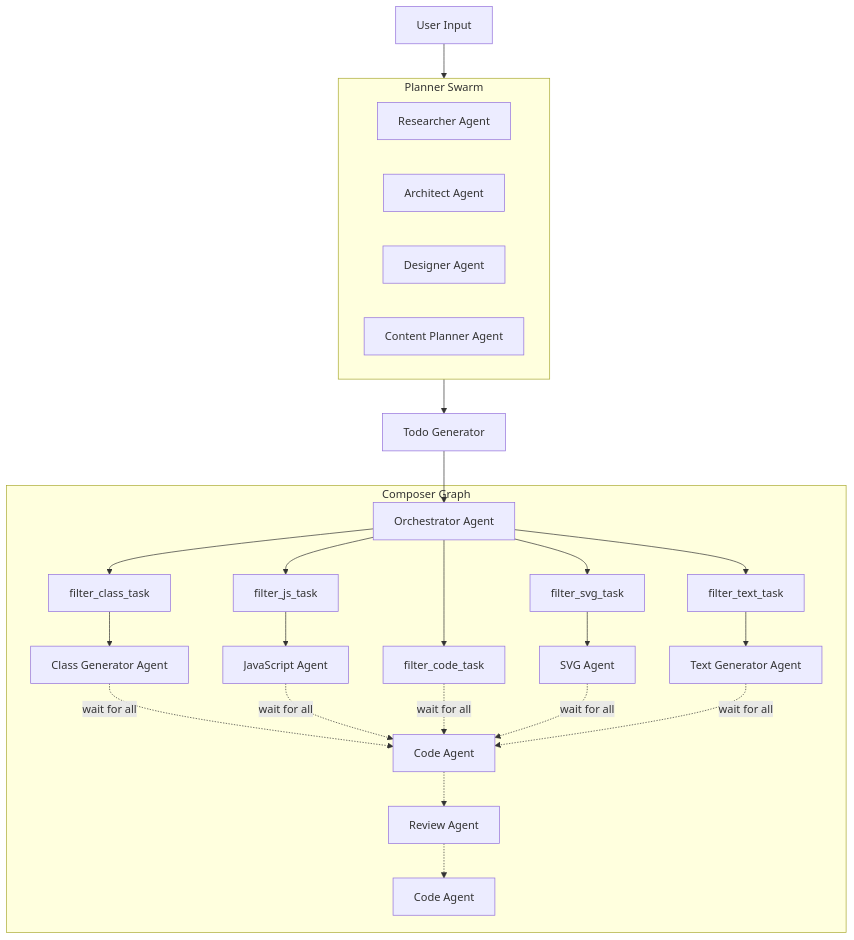
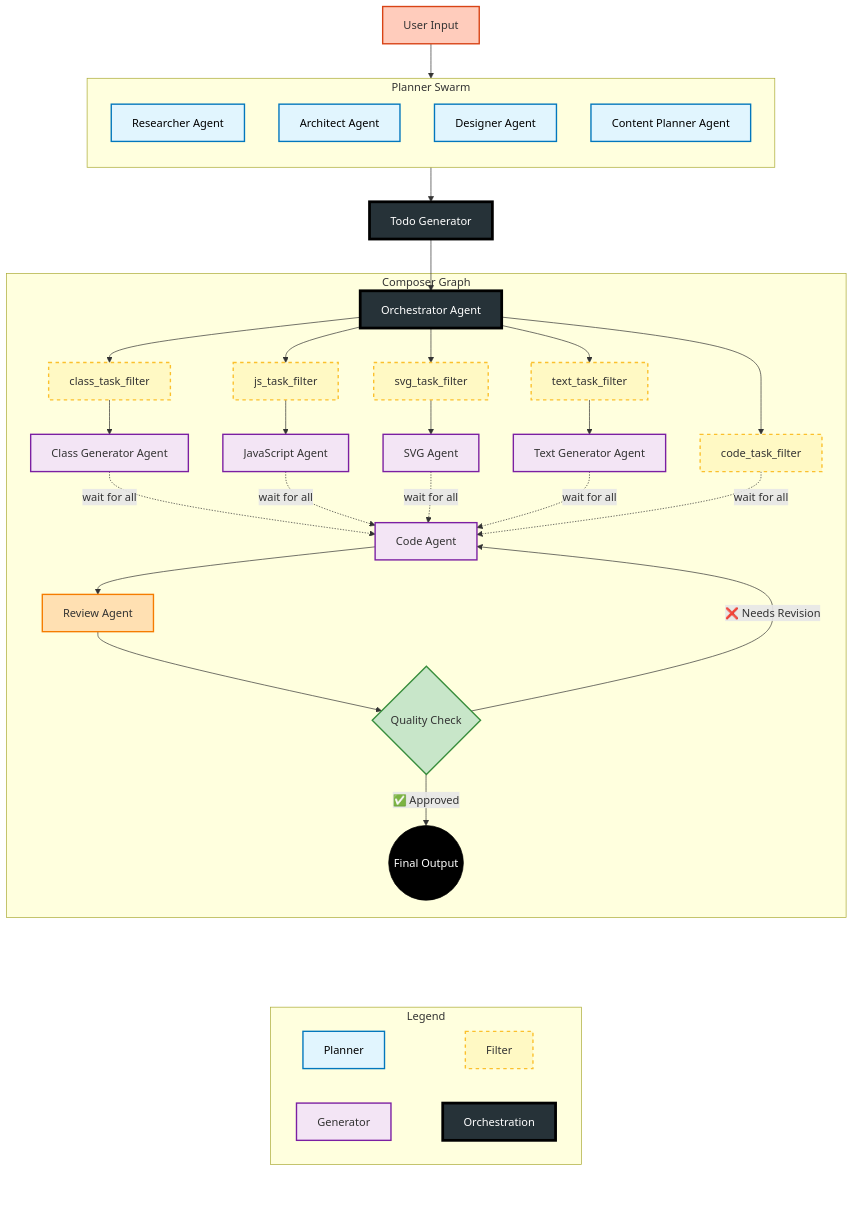
Before and after one commit to lmandrelli/grape-coder: the diagram in README.md, drawn with Mermaid. The commit also changed other lines of this file, not shown here.

Commit message:
feat(README): update graph

````diff
--- a/README.md
+++ b/README.md
@@ -100,44 +101,91 @@
 ```mermaid
 graph TD
-    User[User Input] --> PlannerSwarm --> TodoGenerator[Todo Generator] --> Orchestrator
-    
+    %% --- COLOR PALETTE ---
+    classDef planner fill:#e1f5fe,stroke:#0277bd,stroke-width:2px,color:#000;
+    classDef filter fill:#fff9c4,stroke:#fbc02d,stroke-width:2px,stroke-dasharray: 5 5;
+    classDef generator fill:#f3e5f5,stroke:#7b1fa2,stroke-width:2px;
+    classDef orchestrator fill:#263238,stroke:#000,stroke-width:4px,color:#fff;
+    classDef userInput fill:#ffccbc,stroke:#d84315,stroke-width:2px;
+    classDef reviewer fill:#ffe0b2,stroke:#f57c00,stroke-width:2px;
+    classDef decision fill:#c8e6c9,stroke:#388e3c,stroke-width:2px;
+    classDef endNode fill:#000,stroke:#000,color:#fff;
+    classDef invisible fill:none,stroke:none,color:none;
+
+    %% --- MAIN GRAPH ---
+    User[User Input]:::userInput --> PlannerSwarm
+    PlannerSwarm --> TodoGenerator[Todo Generator]:::orchestrator 
+    TodoGenerator --> Orchestrator
+
     subgraph PlannerSwarm["Planner Swarm"]
+        direction TB
         Researcher[Researcher Agent]
         Architect[Architect Agent]
         Designer[Designer Agent]
         ContentPlanner[Content Planner Agent]
     end
-    
+
     subgraph ComposerGraph["Composer Graph"]
-        Orchestrator[Orchestrator Agent]
-        ClassFilter[filter_class_task]
-        JSFilter[filter_js_task]
-        SVGFilter[filter_svg_task]
-        TextFilter[filter_text_task]
-        CodeFilter[filter_code_task]
+        Orchestrator[Orchestrator Agent]:::orchestrator
+
+        %% Filters
+        ClassFilter[class_task_filter]
+        JSFilter[js_task_filter]
+        SVGFilter[svg_task_filter]
+        TextFilter[text_task_filter]
+        CodeFilter[code_task_filter]
+
+        %% Agents
         ClassAgent[Class Generator Agent]
         JSAgent[JavaScript Agent]
         SVGAgent[SVG Agent]
         TextAgent[Text Generator Agent]
         CodeAgent[Code Agent]
-        CodeAgent2[Code Agent]
         ReviewAgent[Review Agent]
-        
-        Orchestrator --> ClassFilter
-        Orchestrator --> JSFilter
-        Orchestrator --> SVGFilter
-        Orchestrator --> TextFilter
-        Orchestrator --> CodeFilter
+        QualityCheck{Quality Check}
+        FinalOutput((Final Output))
+
+        %% Links
+        Orchestrator --> ClassFilter & JSFilter & SVGFilter & TextFilter & CodeFilter
         ClassFilter --> ClassAgent
         JSFilter --> JSAgent
         SVGFilter --> SVGAgent
         TextFilter --> TextAgent
-        ClassAgent -.->|wait for all| CodeAgent
-        JSAgent -.->|wait for all| CodeAgent
-        CodeFilter -.->|wait for all| CodeAgent
-        SVGAgent -.->|wait for all| CodeAgent
-        TextAgent -.->|wait for all| CodeAgent
-        CodeAgent -.-> ReviewAgent
-        ReviewAgent -.-> CodeAgent2
+
+        ClassAgent & JSAgent & SVGAgent & TextAgent & CodeFilter -.->|wait for all| CodeAgent
+
+        %% Review loop
+        CodeAgent --> ReviewAgent
+        ReviewAgent --> QualityCheck
+        QualityCheck -- "❌ Needs Revision" --> CodeAgent
+        QualityCheck -- "✅ Approved" --> FinalOutput
     end
+
+    %% --- APPLY CLASSES ---
+    class Researcher,Architect,Designer,ContentPlanner planner;
+    class ClassFilter,JSFilter,SVGFilter,TextFilter,CodeFilter filter;
+    class ClassAgent,JSAgent,SVGAgent,TextAgent,CodeAgent generator;
+    class ReviewAgent reviewer;
+    class QualityCheck decision;
+    class FinalOutput endNode;
+
+    %% --- CENTERED LEGEND ---
+    %% Add invisible nodes to force centering
+    InvisibleLeft[ ]:::invisible
+    InvisibleRight[ ]:::invisible
+
+    subgraph Legend["Legend"]
+        direction LR
+        L1[Planner]:::planner
+        L2[Filter]:::filter
+        L3[Generator]:::generator
+        L5[Orchestration]:::orchestrator
+
+        L1 ~~~ L2
+        L3 ~~~ L5
+    end
+
+    %% Invisible links to enforce centered layout
+    FinalOutput ~~~ InvisibleLeft
+    InvisibleLeft ~~~ Legend
+    Legend ~~~ InvisibleRight
 ```
````
